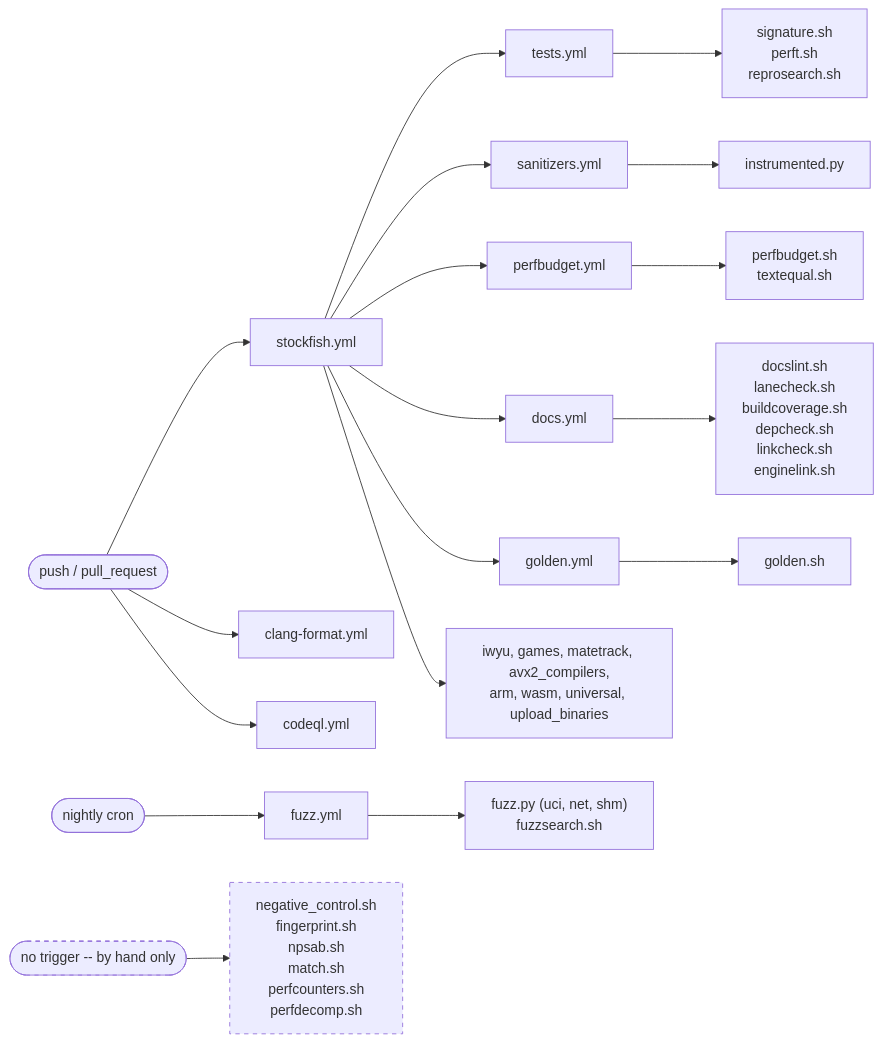
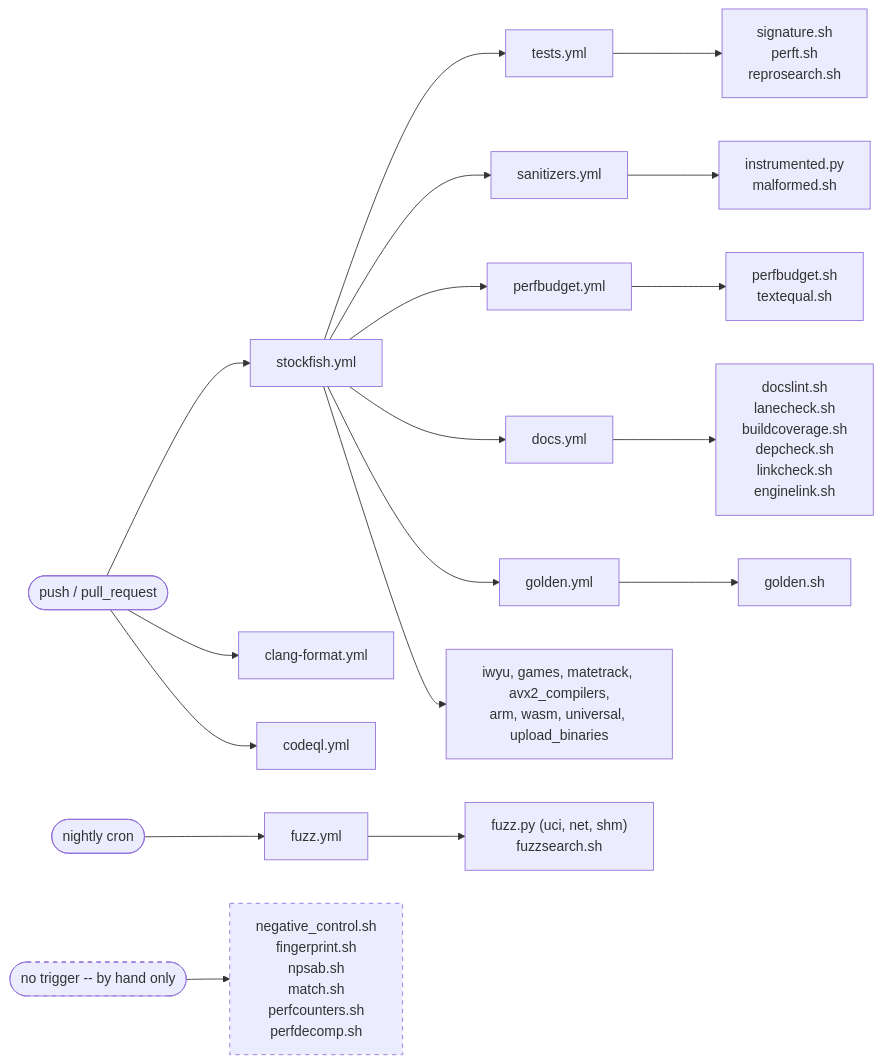
The diagram in docs/10-tooling-ci.md (ppigazzini/Stockfish), drawn with Mermaid before and after one commit. The commit also changed other lines of this file and 6 other files, not shown here.

````diff
--- a/docs/10-tooling-ci.md
+++ b/docs/10-tooling-ci.md
@@ -1000,22 +1080,22 @@
 ```mermaid
 flowchart LR
     P(["push / pull_request"]) --> SF["stockfish.yml"]
     P --> CF["clang-format.yml"]
     P --> CQ["codeql.yml"]
     SF --> T["tests.yml"]
     SF --> SAN["sanitizers.yml"]
     SF --> PB["perfbudget.yml"]
     SF --> D["docs.yml"]
     SF --> GO["golden.yml"]
     SF --> OTH["iwyu, games, matetrack, avx2_compilers,<br/>arm, wasm, universal, upload_binaries"]
     N(["nightly cron"]) --> FZ["fuzz.yml"]
     T --> G1["signature.sh<br/>perft.sh<br/>reprosearch.sh"]
     D --> G5["docslint.sh<br/>lanecheck.sh<br/>buildcoverage.sh<br/>depcheck.sh<br/>linkcheck.sh<br/>enginelink.sh"]
     GO --> G6["golden.sh"]
     FZ --> G7["fuzz.py (uci, net, shm)<br/>fuzzsearch.sh"]
-    SAN --> G3["instrumented.py"]
+    SAN --> G3["instrumented.py<br/>malformed.sh"]
     PB --> G4["perfbudget.sh<br/>textequal.sh"]
     L(["no trigger -- by hand only"]) --> G2["negative_control.sh<br/>fingerprint.sh<br/>npsab.sh<br/>match.sh<br/>perfcounters.sh<br/>perfdecomp.sh"]
     style G2 stroke-dasharray: 5 5
     style L stroke-dasharray: 5 5
 ```
````
